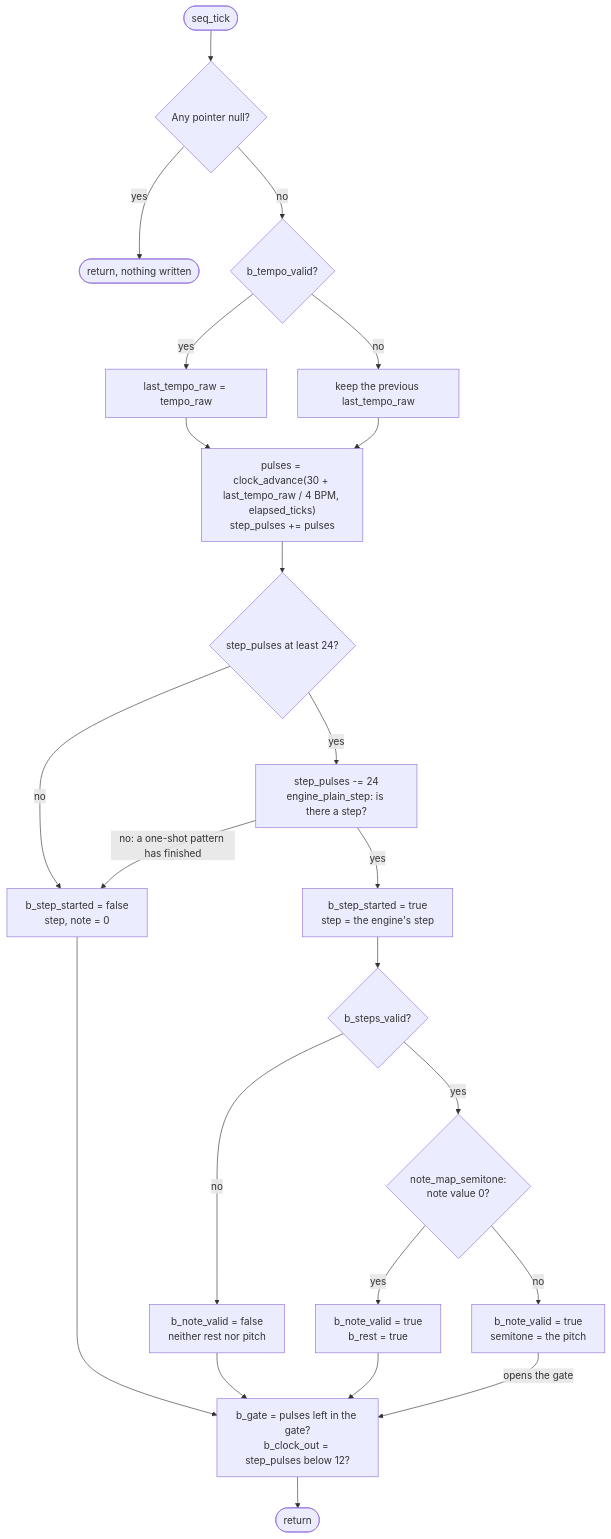
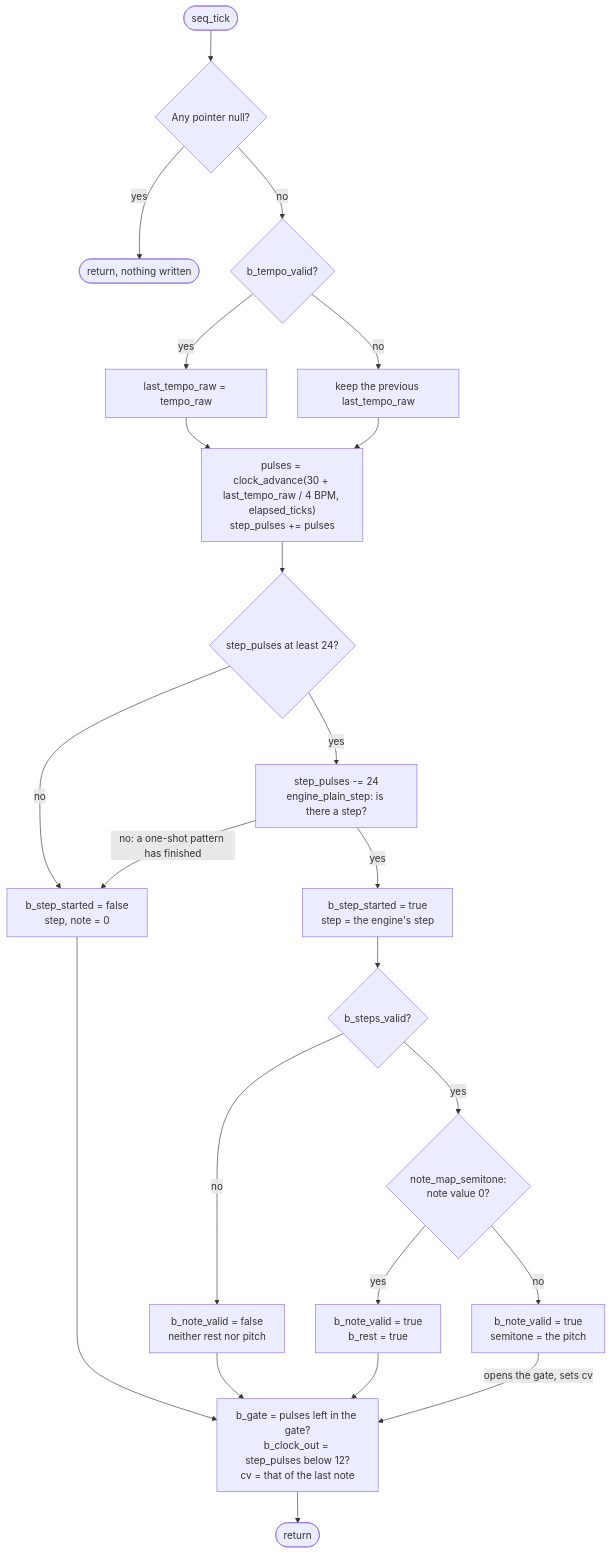
The seventh of 21 diagrams in docs/ARCHITECTURE.md (BonelessPig/nano_sequencer), drawn with Mermaid before and after one commit. The commit also changed other lines of this file and 34 other files, not shown here.

````diff
--- a/docs/ARCHITECTURE.md
+++ b/docs/ARCHITECTURE.md
@@ -303,25 +318,25 @@
 ```mermaid
 flowchart TD
     start(["seq_tick"]) --> nullcheck{"Any pointer null?"}
     nullcheck -->|"yes"| done(["return, nothing written"])
     nullcheck -->|"no"| tempo{"b_tempo_valid?"}
     tempo -->|"yes"| store["last_tempo_raw = tempo_raw"]
     tempo -->|"no"| keep["keep the previous last_tempo_raw"]
     store --> clock
     keep --> clock
     clock["pulses = clock_advance(30 + last_tempo_raw / 4 BPM, elapsed_ticks)<br/>step_pulses += pulses"] --> due{"step_pulses at least 24?"}
     due -->|"no"| idle["b_step_started = false<br/>step, note = 0"]
     due -->|"yes"| ask["step_pulses -= 24<br/>engine_plain_step: is there a step?"]
     ask -->|"no: a one-shot pattern has finished"| idle
     ask -->|"yes"| begin["b_step_started = true<br/>step = the engine's step"]
     begin --> steps{"b_steps_valid?"}
     steps -->|"no"| unknown["b_note_valid = false<br/>neither rest nor pitch"]
     steps -->|"yes"| map{"note_map_semitone:<br/>note value 0?"}
     map -->|"yes"| rest["b_note_valid = true<br/>b_rest = true"]
     map -->|"no"| pitch["b_note_valid = true<br/>semitone = the pitch"]
     unknown --> levels
     rest --> levels
-    pitch -->|"opens the gate"| levels
+    pitch -->|"opens the gate, sets cv"| levels
     idle --> levels
-    levels["b_gate = pulses left in the gate?<br/>b_clock_out = step_pulses below 12?"] --> out(["return"])
+    levels["b_gate = pulses left in the gate?<br/>b_clock_out = step_pulses below 12?<br/>cv = that of the last note"] --> out(["return"])
 ```
````
